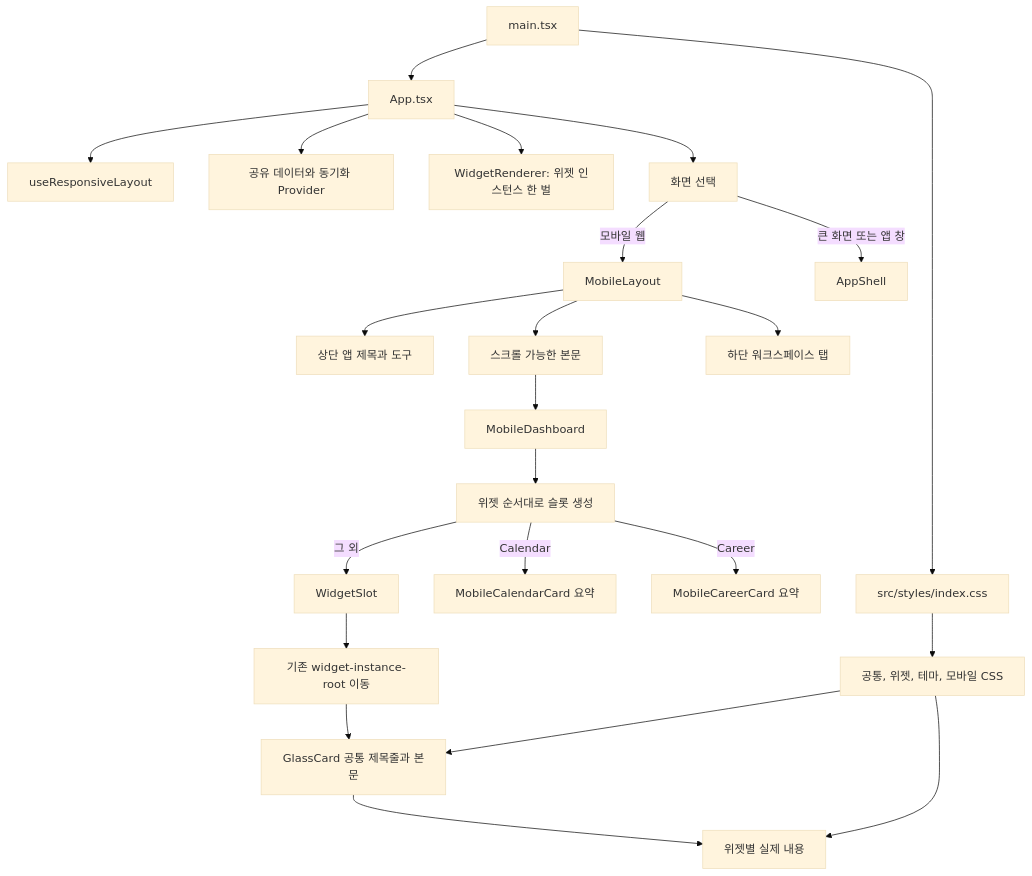
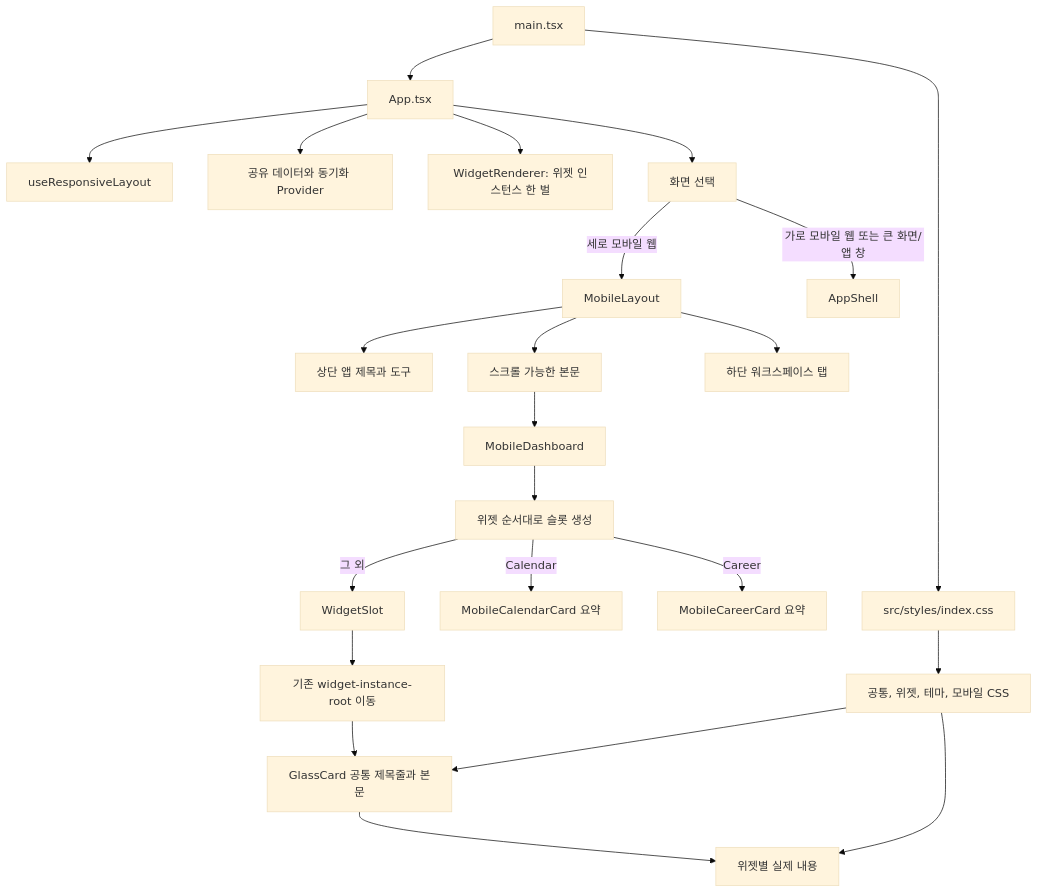
Before and after one commit to haileychoii/glassday: the first of 2 diagrams in docs/mobile-ui-map.md, drawn with Mermaid (base theme). The commit also changed other lines of this file and 4 other files, not shown here.

````diff
--- a/docs/mobile-ui-map.md
+++ b/docs/mobile-ui-map.md
@@ -14,25 +14,25 @@
 ```mermaid
 flowchart TD
   A[main.tsx] --> B[App.tsx]
   A --> S[src/styles/index.css]
   B --> R[useResponsiveLayout]
   B --> P[공유 데이터와 동기화 Provider]
   B --> W[WidgetRenderer: 위젯 인스턴스 한 벌]
   B --> D[화면 선택]
-  D -->|모바일 웹| ML[MobileLayout]
-  D -->|큰 화면 또는 앱 창| AL[AppShell]
+  D -->|세로 모바일 웹| ML[MobileLayout]
+  D -->|가로 모바일 웹 또는 큰 화면/앱 창| AL[AppShell]
   ML --> H[상단 앱 제목과 도구]
   ML --> M[스크롤 가능한 본문]
   ML --> N[하단 워크스페이스 탭]
   M --> MD[MobileDashboard]
   MD --> SLOT[위젯 순서대로 슬롯 생성]
   SLOT -->|Calendar| MC[MobileCalendarCard 요약]
   SLOT -->|Career| MR[MobileCareerCard 요약]
   SLOT -->|그 외| WS[WidgetSlot]
   WS --> HOST[기존 widget-instance-root 이동]
   HOST --> GC[GlassCard 공통 제목줄과 본문]
   GC --> CONTENT[위젯별 실제 내용]
   S --> CSS[공통, 위젯, 테마, 모바일 CSS]
   CSS --> GC
   CSS --> CONTENT
 ```
````
